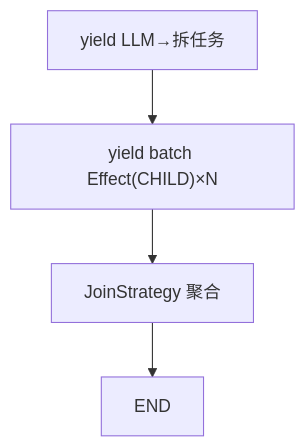
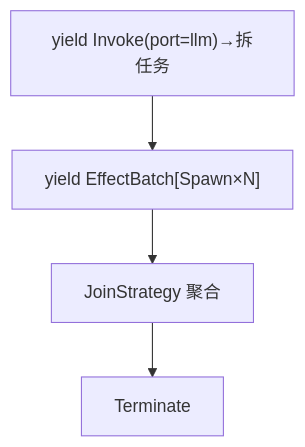
Before and after one commit to sao-lang/lll: the eighth of 11 diagrams in docs/02-模块详设/Agent/R12-内置架构与组合.md, drawn with Mermaid. The commit also changed other lines of this file and 127 other files, not shown here.

````diff
--- a/docs/02-模块详设/Agent/R12-内置架构与组合.md
+++ b/docs/02-模块详设/Agent/R12-内置架构与组合.md
@@ -265,5 +265,5 @@
 ```mermaid
 flowchart TD
-    P["yield LLM→拆任务"] --> C["yield batch Effect(CHILD)×N"]
-    C --> J["JoinStrategy 聚合"] --> E["END"]
+    P["yield Invoke(port=llm)→拆任务"] --> C["yield EffectBatch[Spawn×N]"]
+    C --> J["JoinStrategy 聚合"] --> E["Terminate"]
 ```
````
